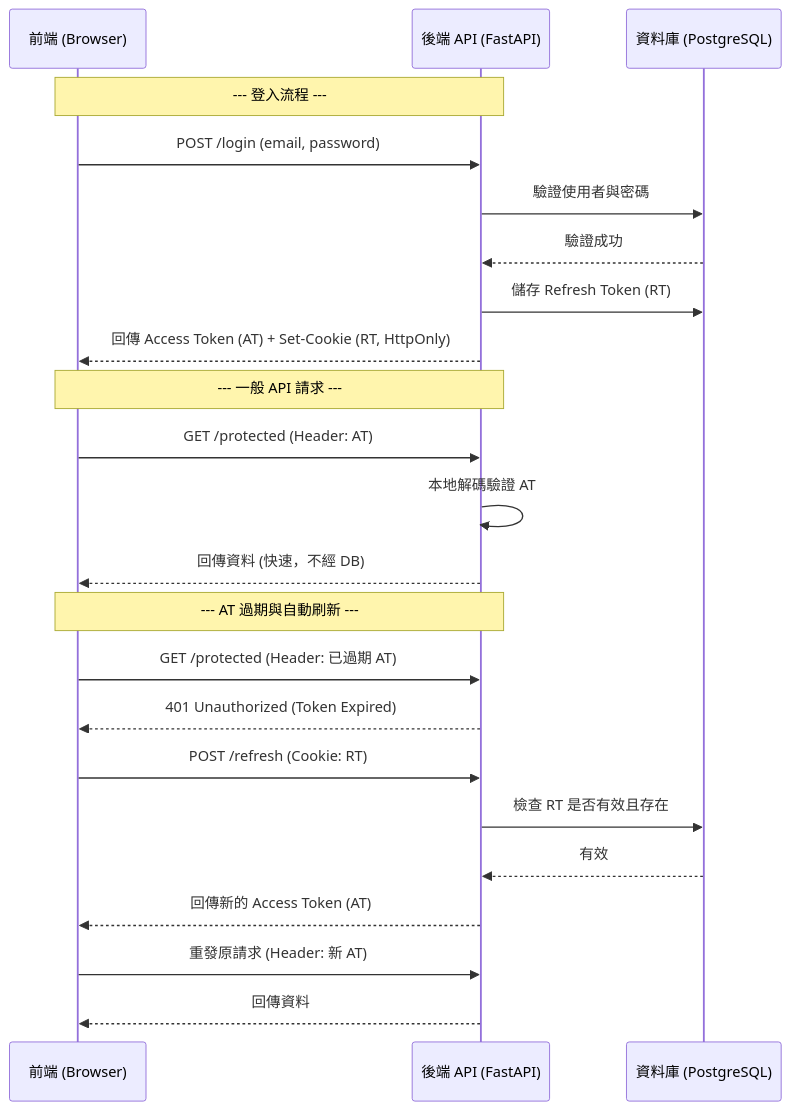
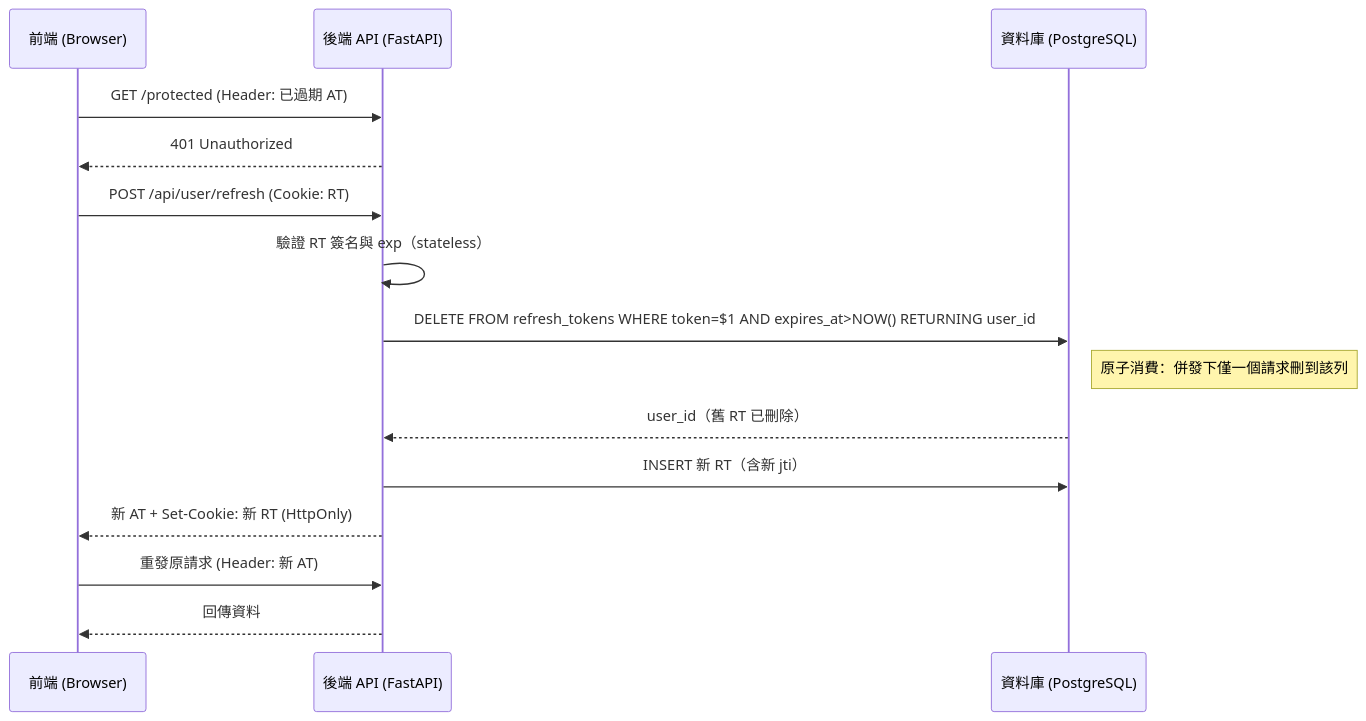
One commit to WilliamTsai1227/Stock-Insight-Chat changed the second of 2 diagrams in specifications/auth_system_spec.md. Above: the diagram before and after it, drawn with Mermaid. The commit also changed other lines of this file and 10 other files, not shown here.

First line of the commit message:
docs: correct factual inconsistencies and remove flowery language

````diff
--- a/specifications/auth_system_spec.md
+++ b/specifications/auth_system_spec.md
@@ -25,28 +43,18 @@
 ```mermaid
 sequenceDiagram
     participant Client as 前端 (Browser)
     participant API as 後端 API (FastAPI)
     participant DB as 資料庫 (PostgreSQL)
 
-    Note over Client, API: --- 登入流程 ---
-    Client->>API: POST /login (email, password)
-    API->>DB: 驗證使用者與密碼
-    DB-->>API: 驗證成功
-    API->>DB: 儲存 Refresh Token (RT)
-    API-->>Client: 回傳 Access Token (AT) + Set-Cookie (RT, HttpOnly)
-
-    Note over Client, API: --- 一般 API 請求 ---
-    Client->>API: GET /protected (Header: AT)
-    API->>API: 本地解碼驗證 AT
-    API-->>Client: 回傳資料 (快速，不經 DB)
-
-    Note over Client, API: --- AT 過期與自動刷新 ---
     Client->>API: GET /protected (Header: 已過期 AT)
-    API-->>Client: 401 Unauthorized (Token Expired)
-    Client->>API: POST /refresh (Cookie: RT)
-    API->>DB: 檢查 RT 是否有效且存在
-    DB-->>API: 有效
-    API-->>Client: 回傳新的 Access Token (AT)
+    API-->>Client: 401 Unauthorized
+    Client->>API: POST /api/user/refresh (Cookie: RT)
+    API->>API: 驗證 RT 簽名與 exp（stateless）
+    API->>DB: DELETE FROM refresh_tokens WHERE token=$1 AND expires_at>NOW() RETURNING user_id
+    Note right of DB: 原子消費：併發下僅一個請求刪到該列
+    DB-->>API: user_id（舊 RT 已刪除）
+    API->>DB: INSERT 新 RT（含新 jti）
+    API-->>Client: 新 AT + Set-Cookie: 新 RT (HttpOnly)
     Client->>API: 重發原請求 (Header: 新 AT)
     API-->>Client: 回傳資料
 ```
````
